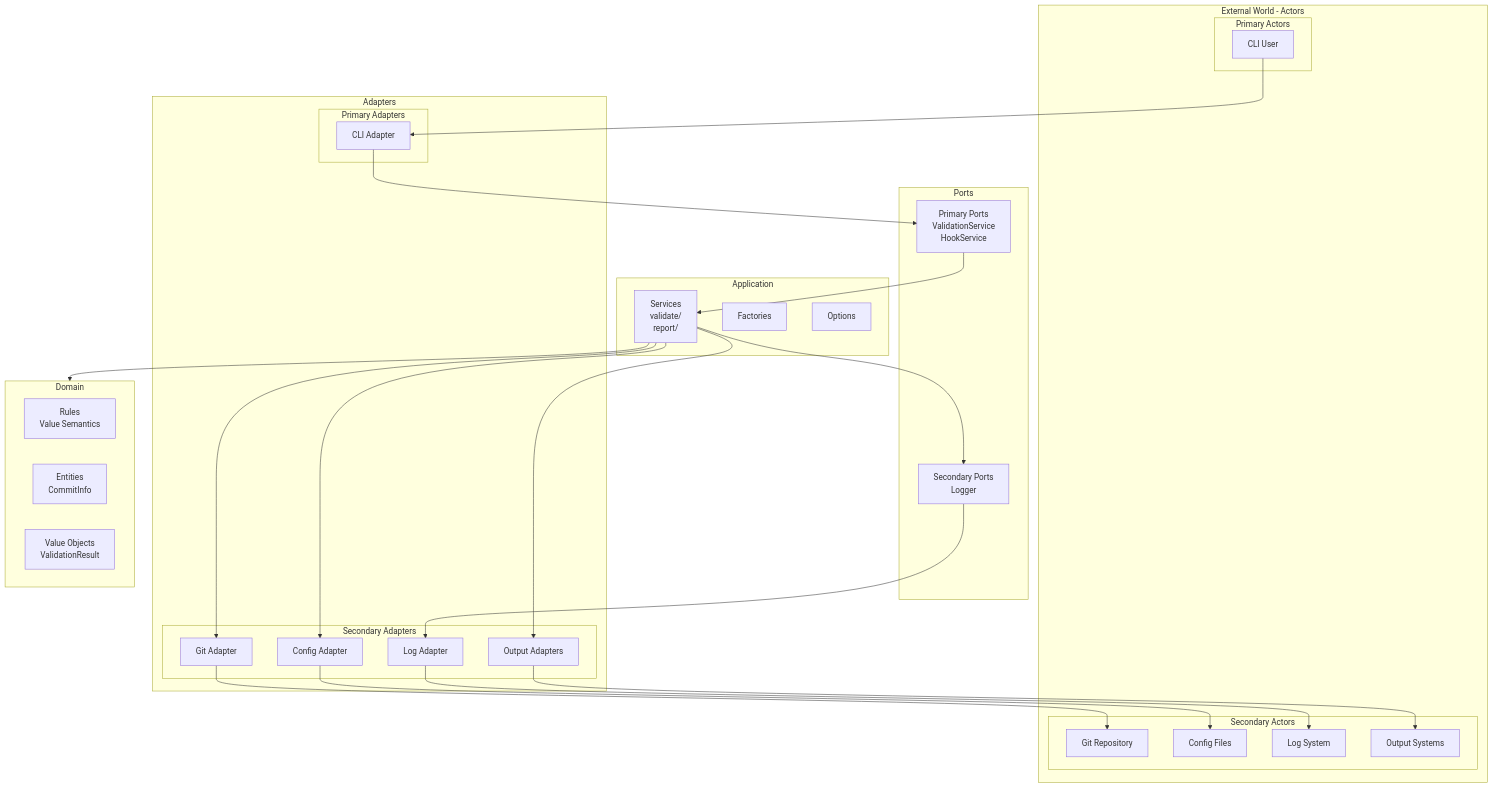
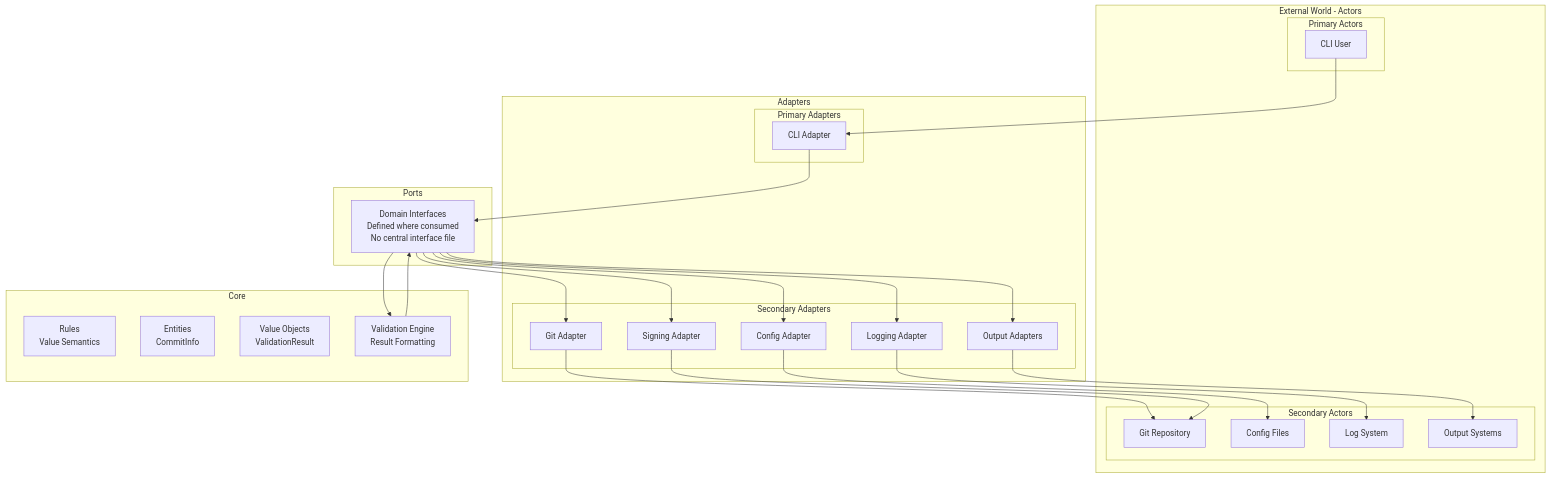
The fourth of 4 diagrams in docs/ARCHITECTURE.md (itiquette/gommitlint), drawn with Mermaid before and after one commit. The commit also changed other lines of this file and 296 other files, not shown here.

````diff
--- a/docs/ARCHITECTURE.md
+++ b/docs/ARCHITECTURE.md
@@ -737,57 +726,53 @@
 ```mermaid
 flowchart TB
     subgraph External[External World - Actors]
         subgraph Primary[Primary Actors]
             CLI[CLI User]
         end
         subgraph Secondary[Secondary Actors]
             Git[Git Repository]
             Config[Config Files]
             Logs[Log System]
             Output[Output Systems]
         end
     end
     
     subgraph Adapters[Adapters]
         subgraph PrimaryAdapters[Primary Adapters]
             CLIAdapter[CLI Adapter]
         end
         subgraph SecondaryAdapters[Secondary Adapters]
             GitAdapter[Git Adapter]
             ConfigAdapter[Config Adapter]
-            LogAdapter[Log Adapter]
+            LogAdapter[Logging Adapter]
             OutputAdapter[Output Adapters]
+            SigningAdapter[Signing Adapter]
         end
     end
     
     subgraph Ports[Ports]
-        InPorts[Primary Ports<br/>ValidationService<br/>HookService]
-        OutPorts[Secondary Ports<br/>Logger]
+        Interfaces[Domain Interfaces<br/>Defined where consumed<br/>No central interface file]
     end
     
-    subgraph Application[Application]
-        Services[Services<br/>validate/<br/>report/]
-        Factories[Factories]
-        Options[Options]
-    end
-    
-    subgraph Domain[Domain]
+    subgraph Core[Core]
         Rules[Rules<br/>Value Semantics]
         Entities[Entities<br/>CommitInfo]
         ValueObjects[Value Objects<br/>ValidationResult]
+        Services[Validation Engine<br/>Result Formatting]
     end
     
     CLI --> CLIAdapter
-    CLIAdapter --> InPorts
-    InPorts --> Services
-    Services --> Domain
-    Services --> OutPorts
-    OutPorts --> LogAdapter
-    Services --> GitAdapter
-    Services --> ConfigAdapter
-    Services --> OutputAdapter
+    CLIAdapter --> Interfaces
+    Interfaces --> Services
+    Services --> Interfaces
+    Interfaces --> LogAdapter
+    Interfaces --> GitAdapter
+    Interfaces --> ConfigAdapter
+    Interfaces --> OutputAdapter
+    Interfaces --> SigningAdapter
     GitAdapter --> Git
     ConfigAdapter --> Config
     LogAdapter --> Logs
     OutputAdapter --> Output
+    SigningAdapter --> Git
 ```
````
